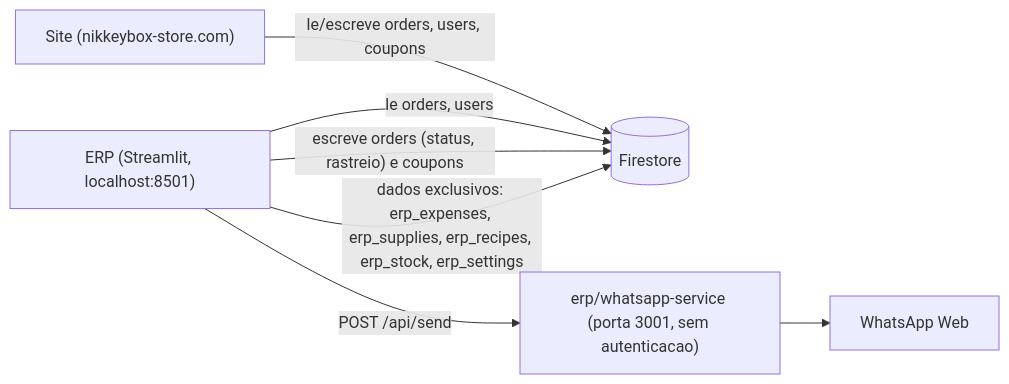
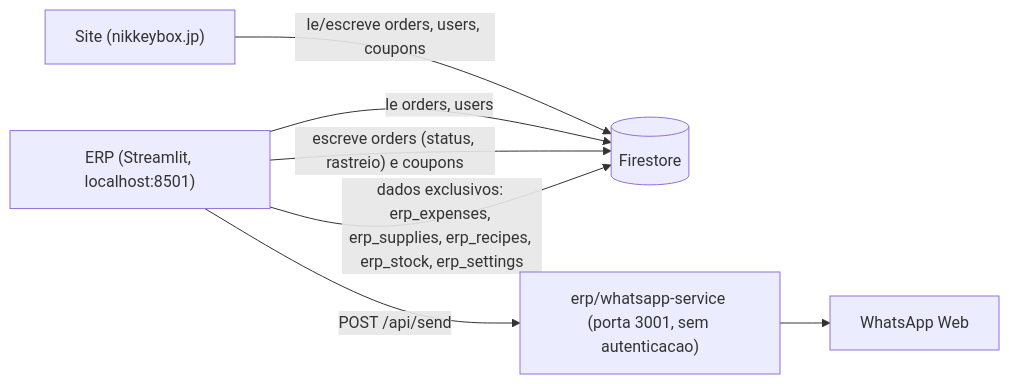
One commit to nikkyebox/nikkeysite changed the diagram in erp/README.md. Above: the diagram before and after it, drawn with Mermaid. The commit also changed 38 other files, not shown here.

First line of the commit message:
PIX padrão, trava de câmbio, perfil com linhas de cobrança e domínio nikkeybox.jp

````diff
--- a/erp/README.md
+++ b/erp/README.md
@@ -70,15 +70,15 @@
 ```mermaid
 flowchart LR
-    Site["Site (nikkeybox-store.com)"]
+    Site["Site (nikkeybox.jp)"]
     FS[("Firestore")]
     ERP["ERP (Streamlit, localhost:8501)"]
     WA["erp/whatsapp-service (porta 3001, sem autenticacao)"]
     WWeb["WhatsApp Web"]
 
     Site -- "le/escreve orders, users, coupons" --> FS
     ERP -- "le orders, users" --> FS
     ERP -- "escreve orders (status, rastreio) e coupons" --> FS
     ERP -- "dados exclusivos: erp_expenses, erp_supplies, erp_recipes, erp_stock, erp_settings" --> FS
     ERP -- "POST /api/send" --> WA
     WA --> WWeb
 ```
````
